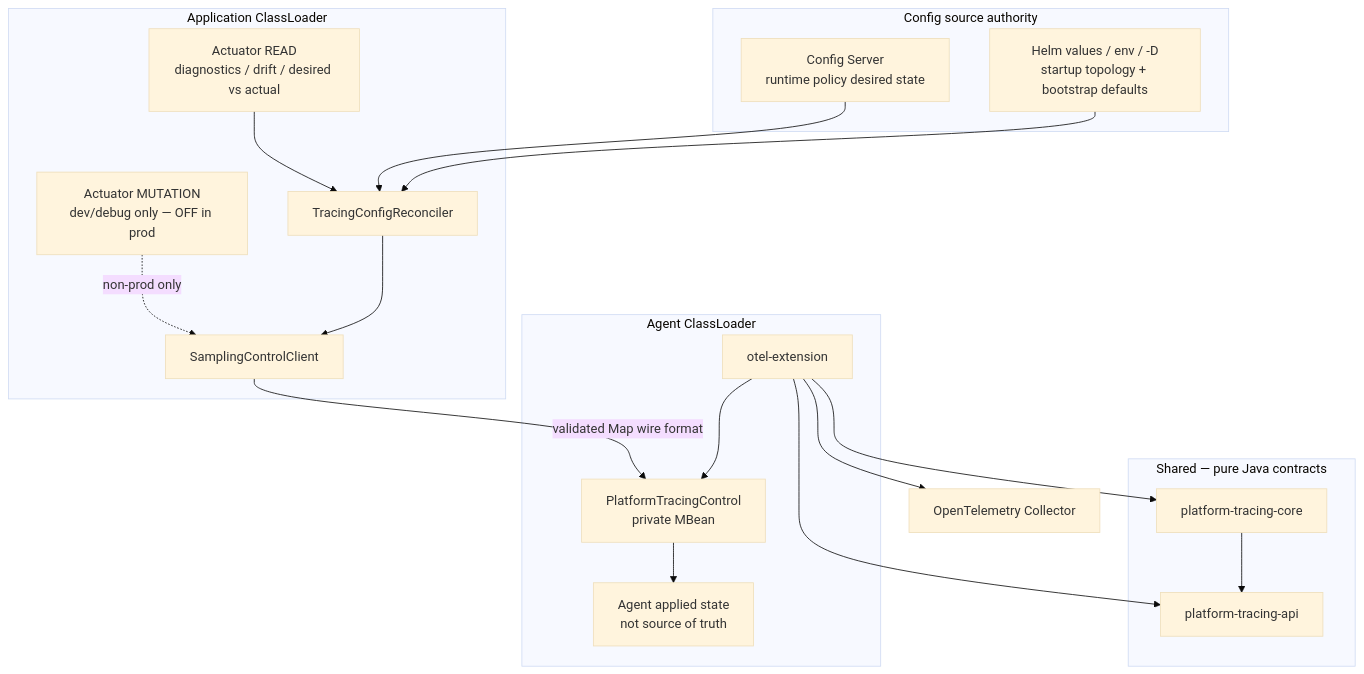
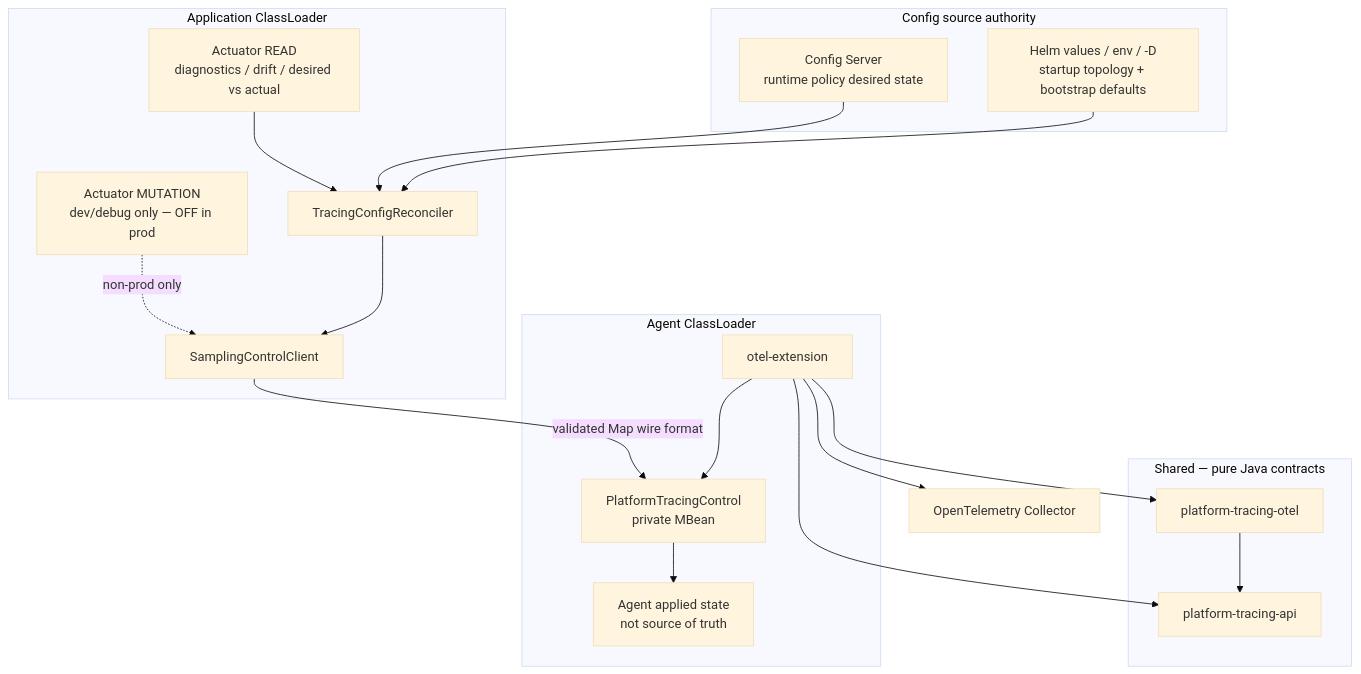
Before and after one commit to andrew3008/EnglishDictionary: the diagram in docs/decisions/ADR-platform-tracing-clean-core-hybrid.md, drawn with Mermaid (base theme). The commit also changed other lines of this file and 223 other files, not shown here.

Commit message:
refactor(tracing): rename core artifact to platform-tracing-otel

````diff
--- a/docs/decisions/ADR-platform-tracing-clean-core-hybrid.md
+++ b/docs/decisions/ADR-platform-tracing-clean-core-hybrid.md
@@ -106,37 +106,37 @@
 ```mermaid
 flowchart TB
   subgraph sources ["Config source authority"]
     HELM["Helm values / env / -D\nstartup topology + bootstrap defaults"]
     CS["Config Server\nruntime policy desired state"]
   end
 
   subgraph shared ["Shared — pure Java contracts"]
     API["platform-tracing-api"]
-    CORE["platform-tracing-core"]
+    CORE["platform-tracing-otel"]
     CORE --> API
   end
 
   subgraph appCL ["Application ClassLoader"]
     RECON["TracingConfigReconciler"]
     READ["Actuator READ\ndiagnostics / drift / desired vs actual"]
     MUT["Actuator MUTATION\ndev/debug only — OFF in prod"]
     CLIENT["SamplingControlClient"]
     HELM --> RECON
     CS --> RECON
     RECON --> CLIENT
     READ --> RECON
     MUT -.->|"non-prod only"| CLIENT
   end
 
   subgraph agentCL ["Agent ClassLoader"]
     EXT["otel-extension"]
     JMX["PlatformTracingControl\nprivate MBean"]
     APPLIED["Agent applied state\nnot source of truth"]
     EXT --> CORE & API
     EXT --> JMX
     JMX --> APPLIED
   end
 
   CLIENT -->|"validated Map wire format"| JMX
   EXT --> COL["OpenTelemetry Collector"]
 ```
````
